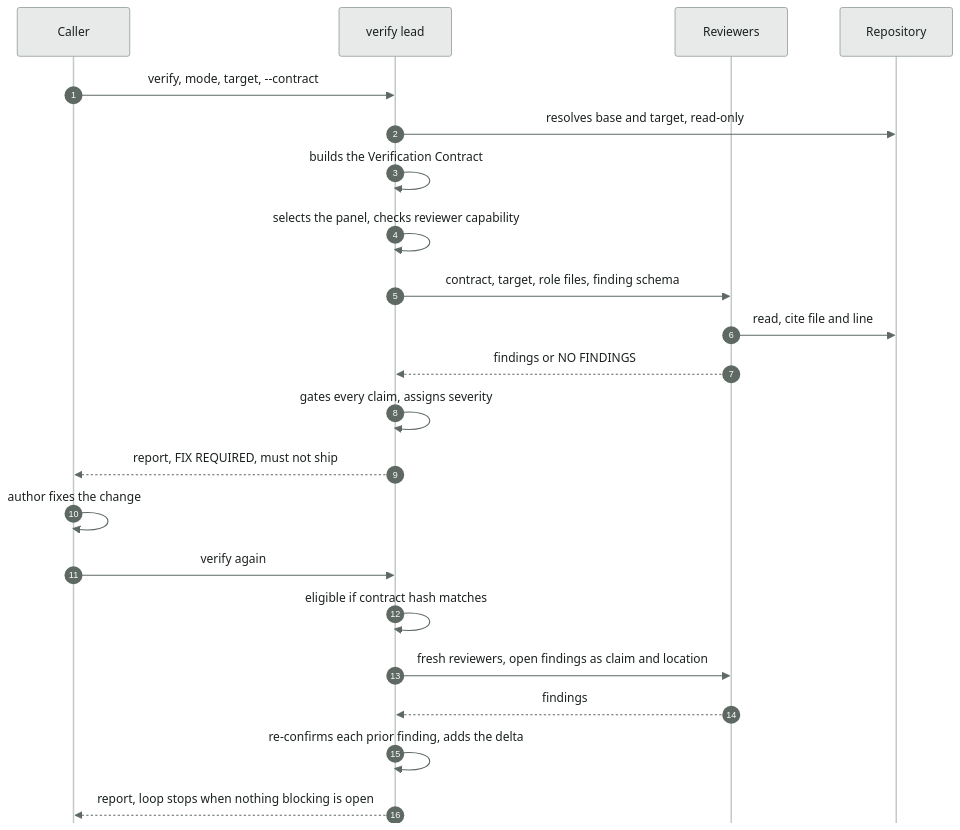
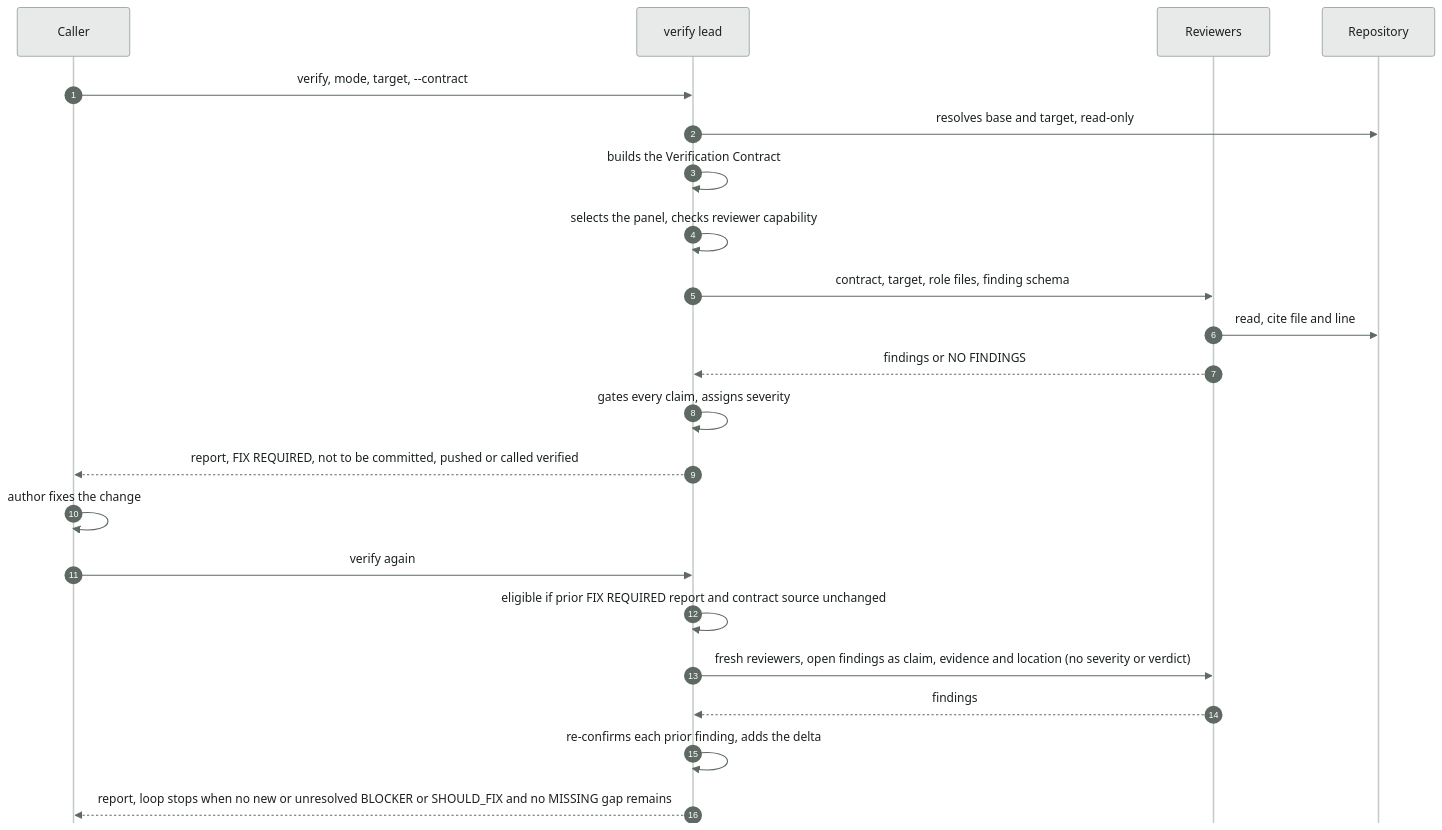
Before and after one commit to Gamebreack/agent-verification: the third of 3 diagrams in flow-map.md, drawn with Mermaid. The commit also changed other lines of this file and 3 other files, not shown here.

First line of the commit message:
release: fix pre-release findings (flow map accuracy, changelog entries, eval docs)

````diff
--- a/flow-map.md
+++ b/flow-map.md
@@ -135,25 +141,25 @@
 ```mermaid
 %%{init: {"theme":"base","themeVariables":{"fontFamily":"system-ui, -apple-system, Segoe UI, sans-serif","fontSize":"15px","actorBkg":"#e7eae8","actorBorder":"#8a968f","actorTextColor":"#1b221e","actorLineColor":"#c3cbc6","signalColor":"#5d6962","signalTextColor":"#1b221e","sequenceNumberColor":"#ffffff","noteBkgColor":"#f1f3f1","noteBorderColor":"#b7c0ba","noteTextColor":"#1b221e"},"sequence":{"mirrorActors":false,"messageMargin":24,"boxMargin":8,"actorMargin":40,"messageFontSize":15,"actorFontSize":15,"noteFontSize":14}}}%%
 sequenceDiagram
     autonumber
     participant CA as Caller
     participant LE as verify lead
     participant RE as Reviewers
     participant RP as Repository
     CA->>LE: verify, mode, target, --contract
     LE->>RP: resolves base and target, read-only
     LE->>LE: builds the Verification Contract
     LE->>LE: selects the panel, checks reviewer capability
     LE->>RE: contract, target, role files, finding schema
     RE->>RP: read, cite file and line
     RE-->>LE: findings or NO FINDINGS
     LE->>LE: gates every claim, assigns severity
-    LE-->>CA: report, FIX REQUIRED, must not ship
+    LE-->>CA: report, FIX REQUIRED, not to be committed, pushed or called verified
     CA->>CA: author fixes the change
     CA->>LE: verify again
-    LE->>LE: eligible if contract hash matches
-    LE->>RE: fresh reviewers, open findings as claim and location
+    LE->>LE: eligible if prior FIX REQUIRED report and contract source unchanged
+    LE->>RE: fresh reviewers, open findings as claim, evidence and location (no severity or verdict)
     RE-->>LE: findings
     LE->>LE: re-confirms each prior finding, adds the delta
-    LE-->>CA: report, loop stops when nothing blocking is open
+    LE-->>CA: report, loop stops when no new or unresolved BLOCKER or SHOULD_FIX and no MISSING gap remains
 ```
````
